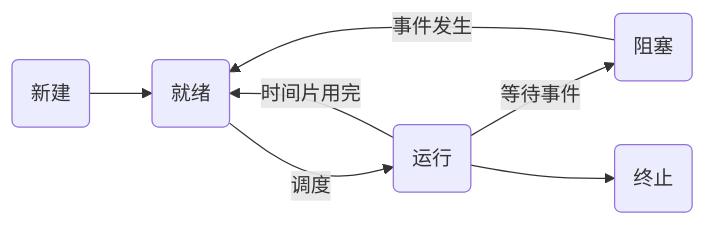
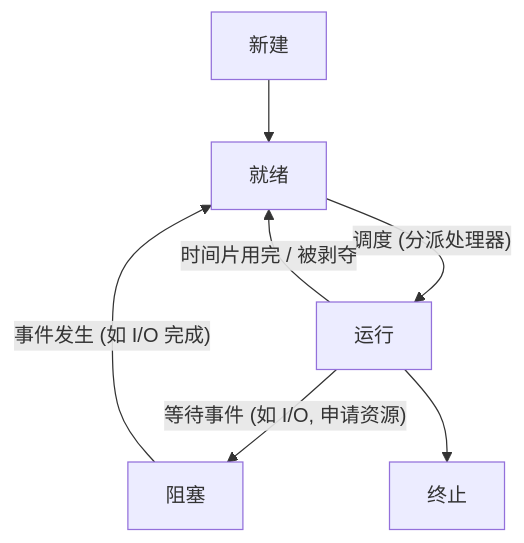
The first of 2 diagrams in notes/02-os/01-process-management.md (raingxm/software-design-exam), drawn with Mermaid before and after one commit. The commit also changed other lines of this file and 7 other files, not shown here.

````diff
--- a/notes/02-os/01-process-management.md
+++ b/notes/02-os/01-process-management.md
@@ -24,9 +24,9 @@
 ```mermaid
-graph LR
-    New(新建) --> Ready(就绪)
-    Ready -- 调度 --> Running(运行)
-    Running -- 时间片用完 --> Ready
-    Running -- 等待事件 --> Waiting(阻塞)
-    Waiting -- 事件发生 --> Ready
-    Running --> Terminated(终止)
+graph TD
+    New[新建] --> Ready[就绪]
+    Ready -- "调度 (分派处理器)" --> Running[运行]
+    Running -- "时间片用完 / 被剥夺" --> Ready
+    Running -- "等待事件 (如 I/O, 申请资源)" --> Blocked[阻塞]
+    Blocked -- "事件发生 (如 I/O 完成)" --> Ready
+    Running --> Terminated[终止]
 ```
````
